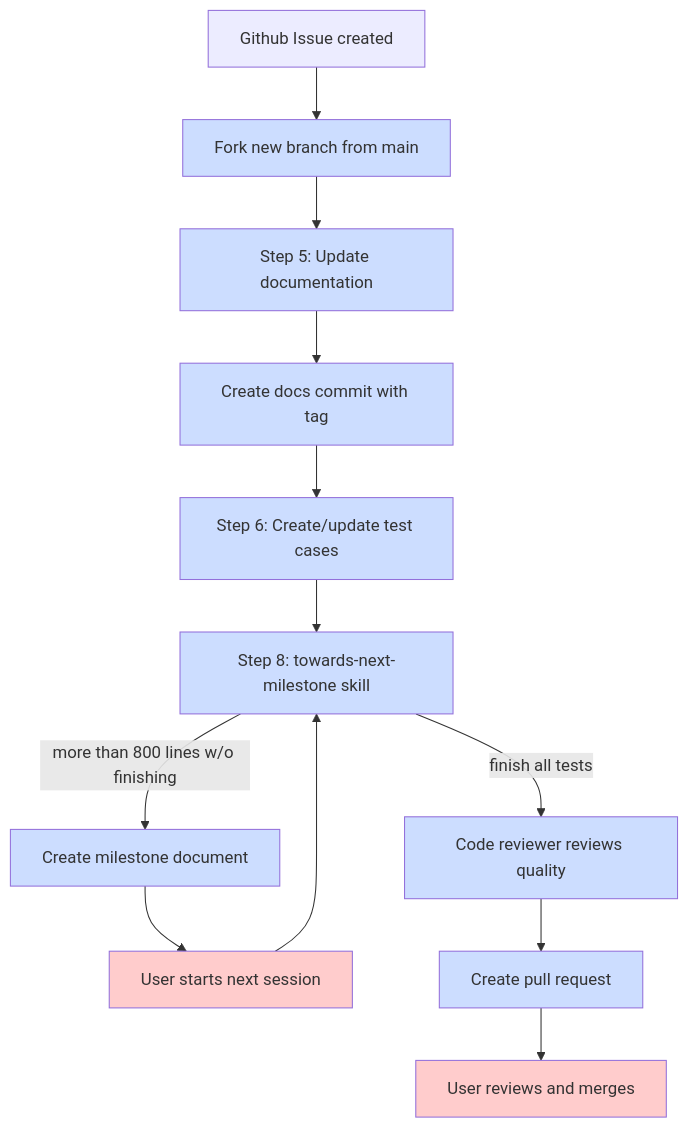
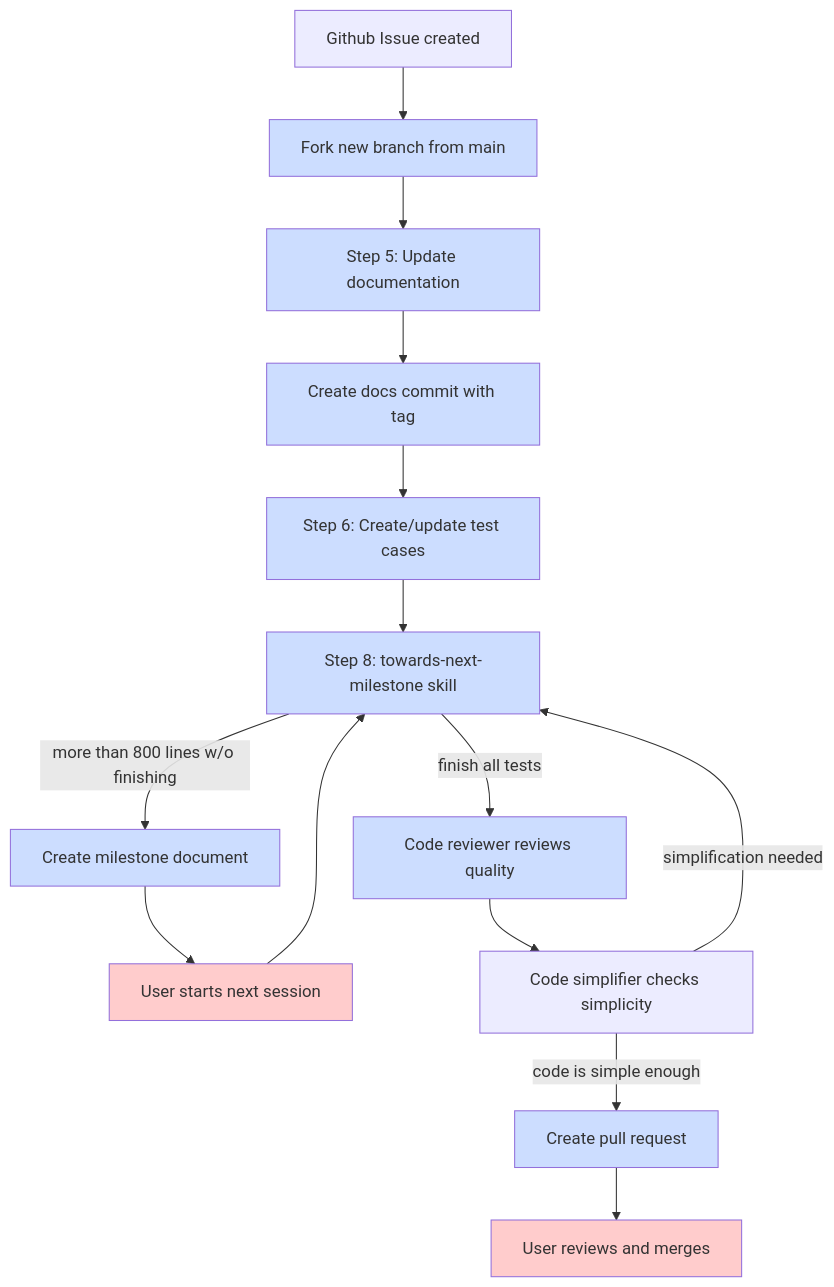
One commit to comhuhuan/agentize changed the diagram in docs/feat/core/issue-to-impl.md. Above: the diagram before and after it, drawn with Mermaid. The commit also changed 4 other files, not shown here.

````diff
--- a/docs/feat/core/issue-to-impl.md
+++ b/docs/feat/core/issue-to-impl.md
@@ -5,25 +5,27 @@
 ```mermaid
 graph TD
     A[Github Issue created] --> B[Fork new branch from main]
     B --> C[Step 5: Update documentation]
     C --> C2[Create docs commit with tag]
     C2 --> D[Step 6: Create/update test cases]
     D --> E[Step 8: towards-next-milestone skill]
     E -->|more than 800 lines w/o finishing| F[Create milestone document]
     F --> G[User starts next session]
     G --> E
     E -->|finish all tests| H[Code reviewer reviews quality]
-    H --> I[Create pull request]
+    H --> H2[Code simplifier checks simplicity]
+    H2 -->|simplification needed| E
+    H2 -->|code is simple enough| I[Create pull request]
     I --> J[User reviews and merges]
 
     style G fill:#ffcccc
     style J fill:#ffcccc
     style B fill:#ccddff
     style C fill:#ccddff
     style C2 fill:#ccddff
     style D fill:#ccddff
     style E fill:#ccddff
     style F fill:#ccddff
     style H fill:#ccddff
     style I fill:#ccddff
 ```
````
